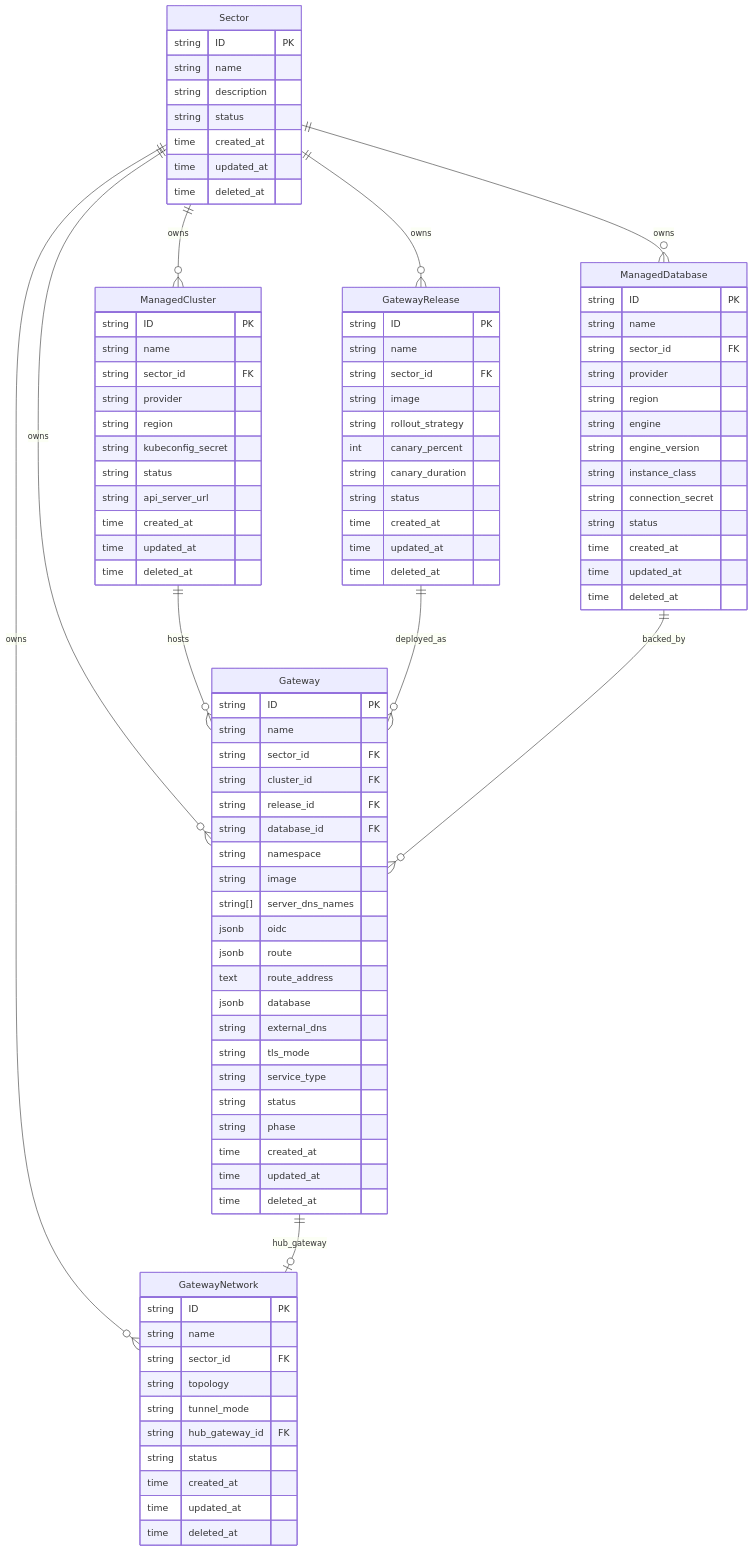
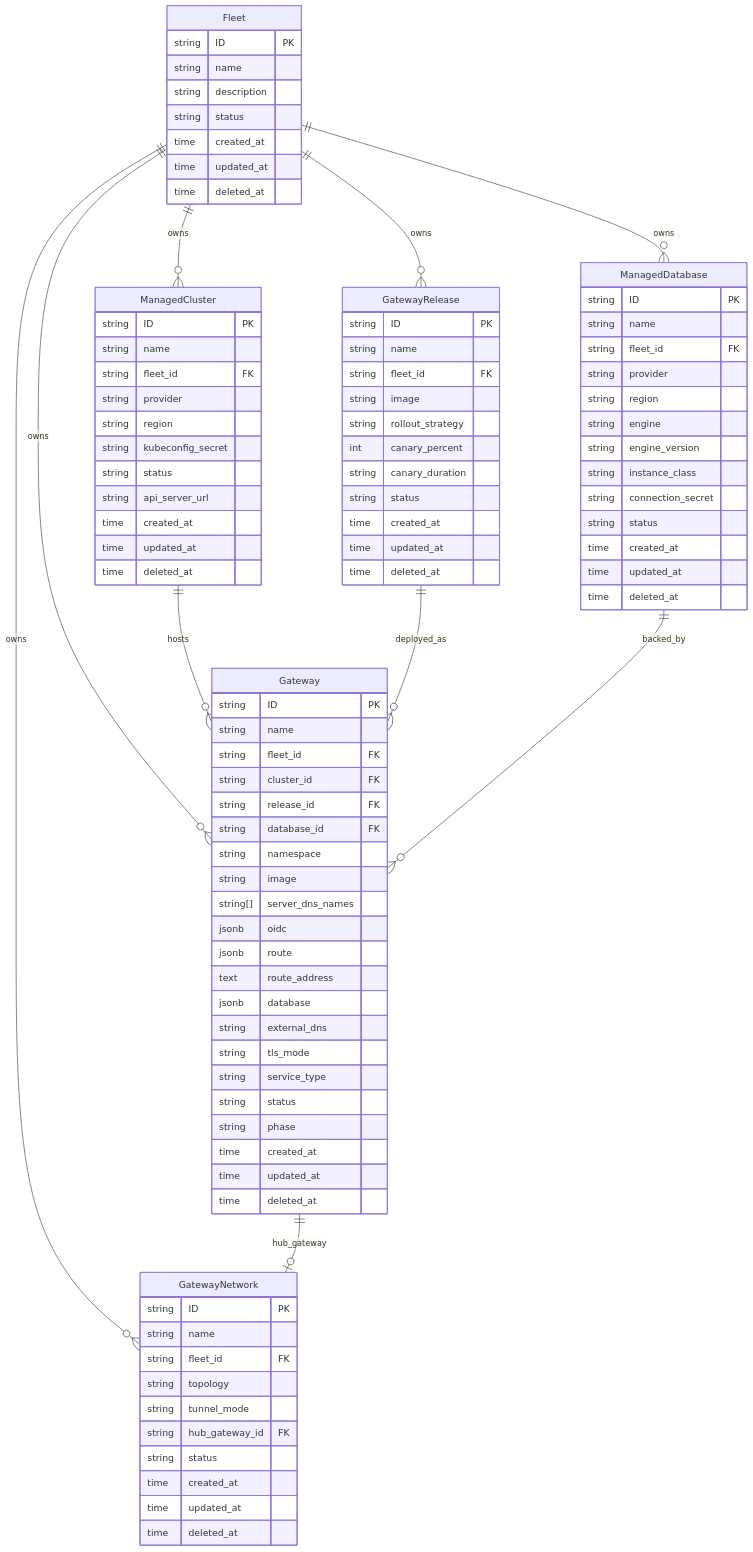
The diagram in specs/platform/data-model.spec.md (JGiola/hypershell), drawn with Mermaid before and after one commit. The commit also changed other lines of this file and 51 other files, not shown here.

````diff
--- a/specs/platform/data-model.spec.md
+++ b/specs/platform/data-model.spec.md
@@ -19,7 +19,7 @@
 ```mermaid
 erDiagram
 
-    Sector {
+    Fleet {
         string ID PK
         string name
         string description
@@ -32,7 +32,7 @@
     ManagedCluster {
         string ID PK
         string name
-        string sector_id FK
+        string fleet_id FK
         string provider
         string region
         string kubeconfig_secret
@@ -46,7 +46,7 @@
     ManagedDatabase {
         string ID PK
         string name
-        string sector_id FK
+        string fleet_id FK
         string provider
         string region
         string engine
@@ -62,7 +62,7 @@
     GatewayRelease {
         string ID PK
         string name
-        string sector_id FK
+        string fleet_id FK
         string image
         string rollout_strategy
         int canary_percent
@@ -76,7 +76,7 @@
     Gateway {
         string ID PK
         string name
-        string sector_id FK
+        string fleet_id FK
         string cluster_id FK
         string release_id FK
         string database_id FK
@@ -100,7 +100,7 @@
     GatewayNetwork {
         string ID PK
         string name
-        string sector_id FK
+        string fleet_id FK
         string topology
         string tunnel_mode
         string hub_gateway_id FK
@@ -110,11 +110,11 @@
         time deleted_at
     }
 
-    Sector ||--o{ ManagedCluster : "owns"
-    Sector ||--o{ ManagedDatabase : "owns"
-    Sector ||--o{ GatewayRelease : "owns"
-    Sector ||--o{ Gateway : "owns"
-    Sector ||--o{ GatewayNetwork : "owns"
+    Fleet ||--o{ ManagedCluster : "owns"
+    Fleet ||--o{ ManagedDatabase : "owns"
+    Fleet ||--o{ GatewayRelease : "owns"
+    Fleet ||--o{ Gateway : "owns"
+    Fleet ||--o{ GatewayNetwork : "owns"
 
     ManagedCluster ||--o{ Gateway : "hosts"
     GatewayRelease ||--o{ Gateway : "deployed_as"
````
